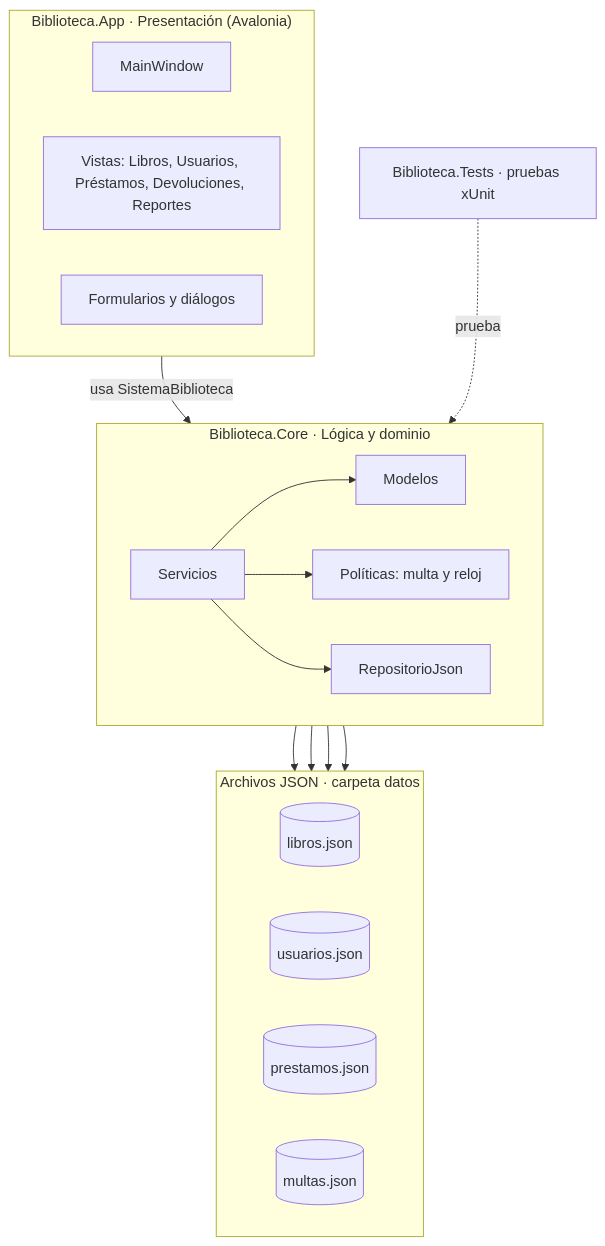
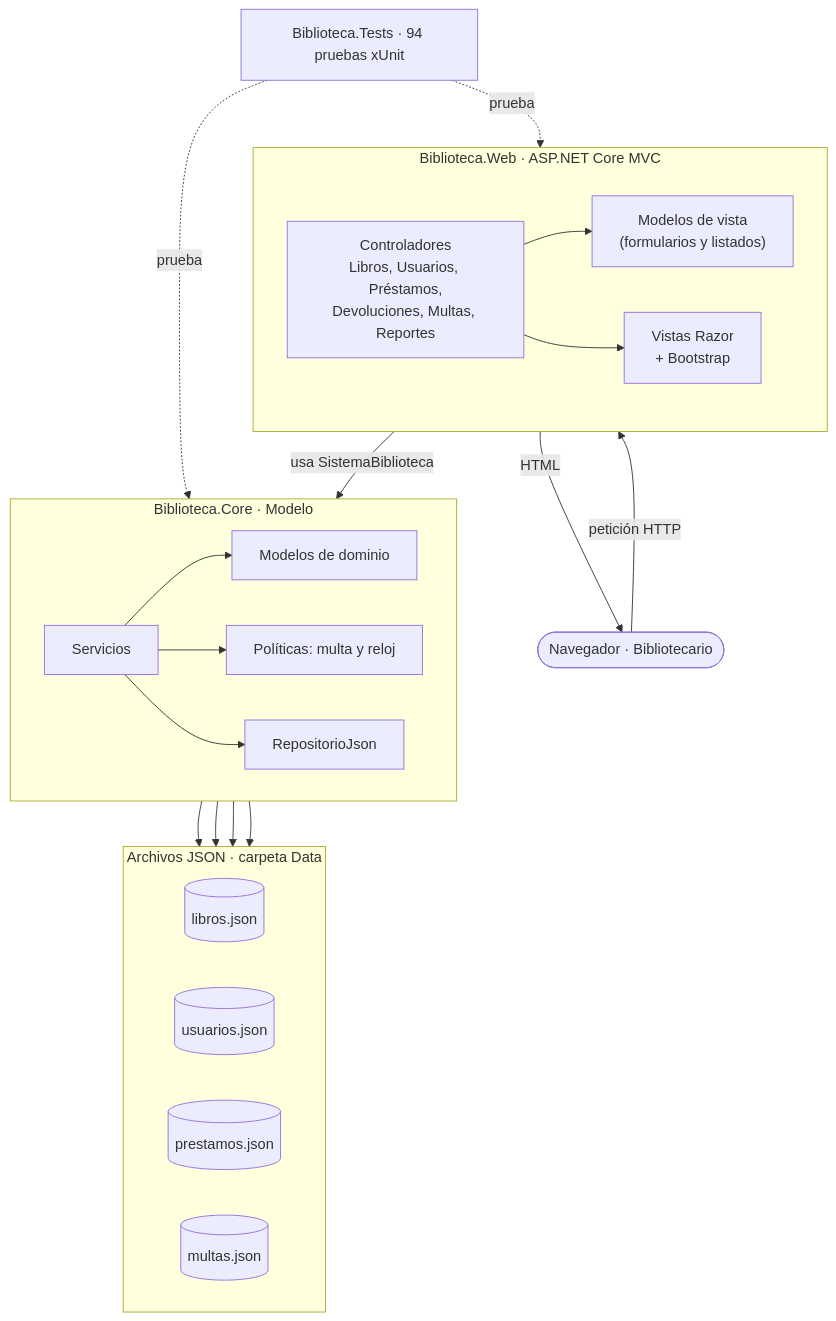
Before and after one commit to USPG-Angels-Workspace/sistema-biblioteca: the eighth of 8 diagrams in docs/03-diagramas-uml.md, drawn with Mermaid. The commit also changed other lines of this file, not shown here.

Commit message:
docs: actualiza los diagramas de secuencia y arquitectura al patrón MVC y agrega el de controladores

````diff
--- a/docs/03-diagramas-uml.md
+++ b/docs/03-diagramas-uml.md
@@ -399,34 +478,41 @@
 ```mermaid
 flowchart TB
-    subgraph APP["Biblioteca.App · Presentación (Avalonia)"]
+    N(["Navegador · Bibliotecario"])
+
+    subgraph WEB["Biblioteca.Web · ASP.NET Core MVC"]
         direction LR
-        V1[MainWindow]
-        V2[Vistas: Libros, Usuarios, Préstamos, Devoluciones, Reportes]
-        V3[Formularios y diálogos]
+        C["Controladores<br/>Libros, Usuarios, Préstamos,<br/>Devoluciones, Multas, Reportes"]
+        VM["Modelos de vista<br/>(formularios y listados)"]
+        V["Vistas Razor<br/>+ Bootstrap"]
     end
 
-    subgraph CORE["Biblioteca.Core · Lógica y dominio"]
+    subgraph CORE["Biblioteca.Core · Modelo"]
         direction LR
         S[Servicios]
-        M[Modelos]
+        M[Modelos de dominio]
         P[Políticas: multa y reloj]
         R[RepositorioJson]
     end
 
-    subgraph DATA["Archivos JSON · carpeta datos"]
+    subgraph DATA["Archivos JSON · carpeta Data"]
         direction LR
         F1[(libros.json)]
         F2[(usuarios.json)]
         F3[(prestamos.json)]
         F4[(multas.json)]
     end
 
-    T["Biblioteca.Tests · pruebas xUnit"]
+    T["Biblioteca.Tests · 94 pruebas xUnit"]
 
-    APP -->|usa SistemaBiblioteca| S
+    N -->|"petición HTTP"| C
+    C --> VM
+    C --> V
+    V -->|"HTML"| N
+    C -->|"usa SistemaBiblioteca"| S
     S --> M
     S --> P
     S --> R
     R --> F1 & F2 & F3 & F4
-    T -.->|prueba| CORE
+    T -.->|"prueba"| CORE
+    T -.->|"prueba"| WEB
 ```
````
